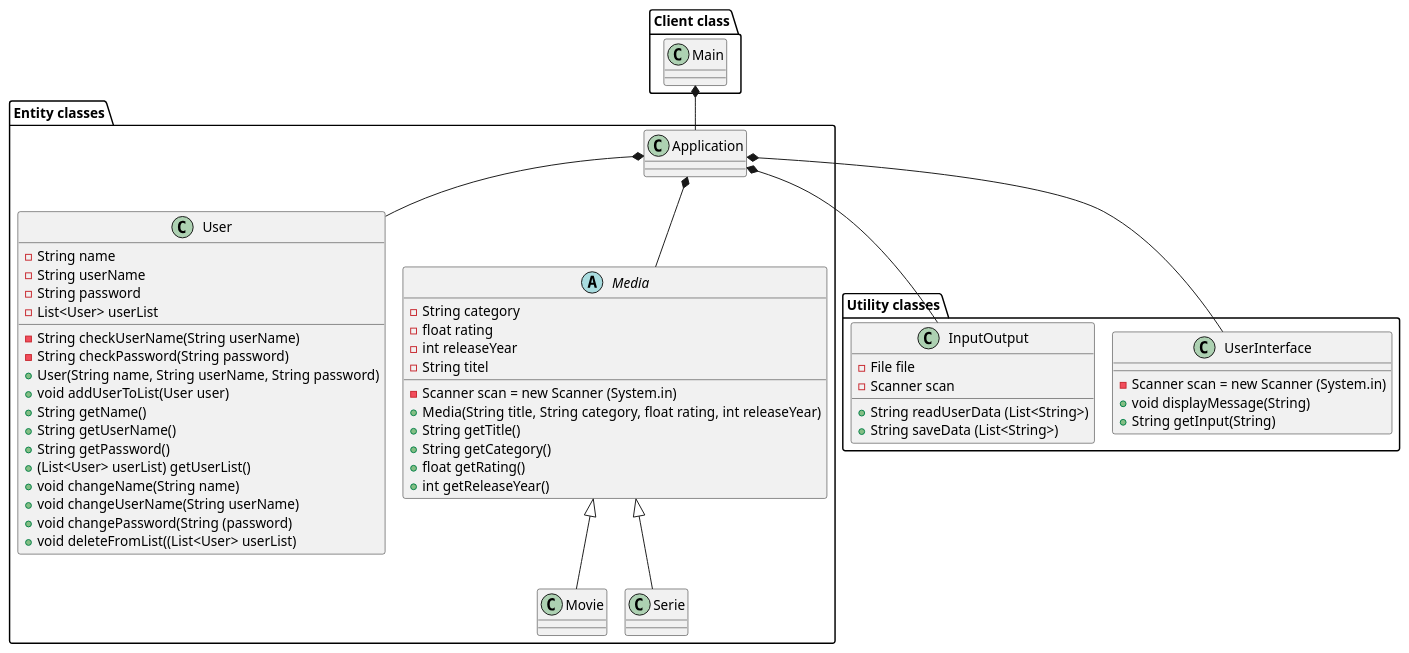
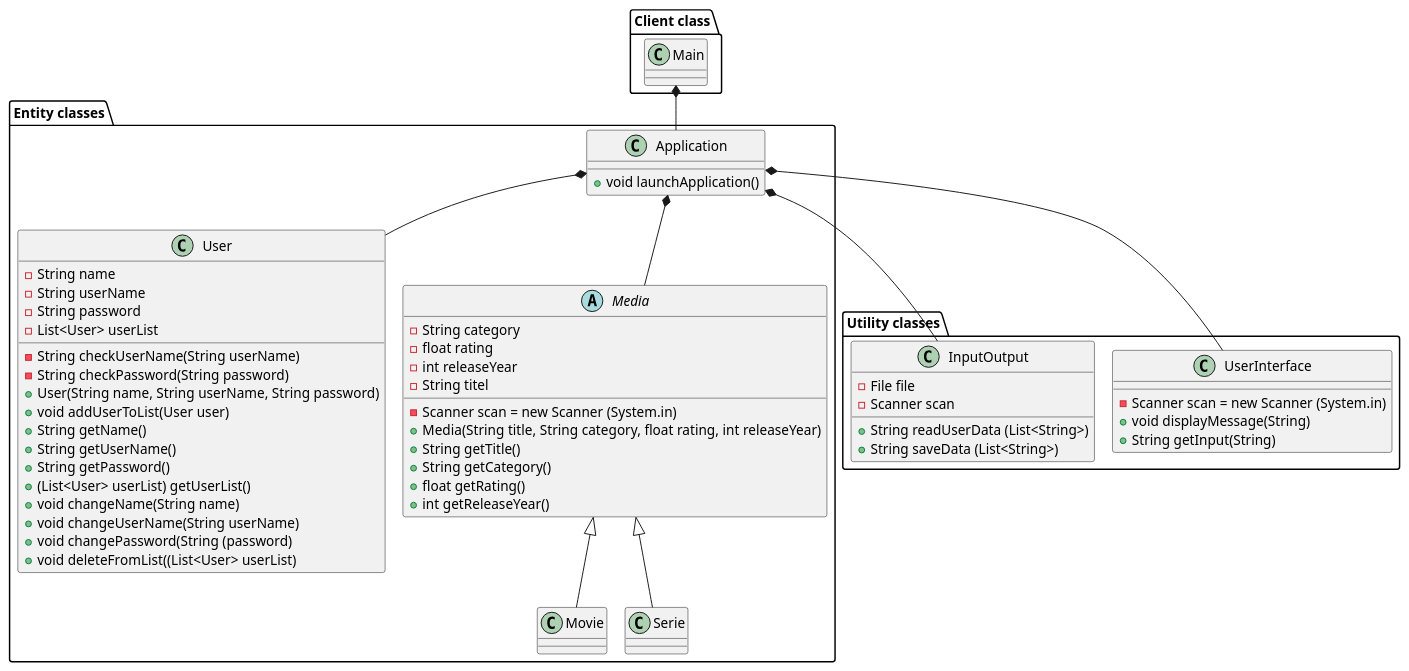
One commit to badranyoussef/SP3 changed the diagram in Documentation/classDiagramUpdated.puml. Above: the diagram before and after it, drawn with PlantUML. The commit also changed 11 other files, not shown here.

First line of the commit message:
Application launch method

```diff
--- a/Documentation/classDiagramUpdated.puml
+++ b/Documentation/classDiagramUpdated.puml
@@ -1,74 +1,75 @@
 @startuml
 'https://plantuml.com/class-diagram
 !pragma layout smetana
 
 'Client Package
 package "Client class"{
 class Main
 }
 
 'Utility Package
 package "Utility classes"{
 class UserInterface
 class InputOutput
 }
 
 'Entity Package
 package "Entity classes"{
 class Movie
 class Serie
 class Application
 class User
 abstract Media
 }
 
 'Label on Relations !MANGLER
 Application *-- UserInterface
 Application *-- InputOutput
 Application *-- User
 Application *-- Media
 Media <|-- Serie
 Media <|-- Movie
 Main *-- Application
 
 'Class Methods & Attributes
+Application : + void launchApplication()
 
 User : - String name
 User : - String userName
 User : - String password
 User : - List<User> userList
 User : - String checkUserName(String userName)
 User : - String checkPassword(String password)
 User : + User(String name, String userName, String password)
 User : + void addUserToList(User user)
 User : + String getName()
 User : + String getUserName()
 User : + String getPassword()
 User : + (List<User> userList) getUserList()
 User : + void changeName(String name)
 User : + void changeUserName(String userName)
 User : + void changePassword(String (password)
 User : + void deleteFromList((List<User> userList)
 
 
 InputOutput : - File file
 InputOutput : - Scanner scan
 InputOutput : + String readUserData (List<String>)
 InputOutput : + String saveData (List<String>)
 
 UserInterface : - Scanner scan = new Scanner (System.in)
 UserInterface : + void displayMessage(String)
 UserInterface : + String getInput(String)
 
 Media : - Scanner scan = new Scanner (System.in)
 Media : - String category
 Media : - float rating
 Media : - int releaseYear
 Media : - String titel
 Media : + Media(String title, String category, float rating, int releaseYear)
 Media : + String getTitle()
 Media : + String getCategory()
 Media : + float getRating()
 Media : + int getReleaseYear()
 
 @enduml
```
